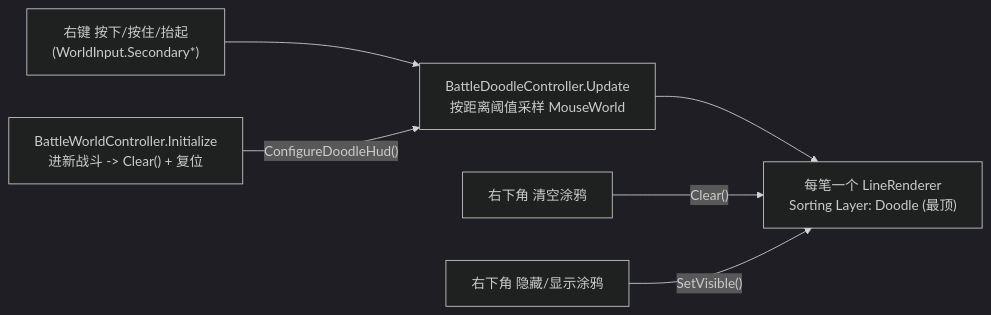
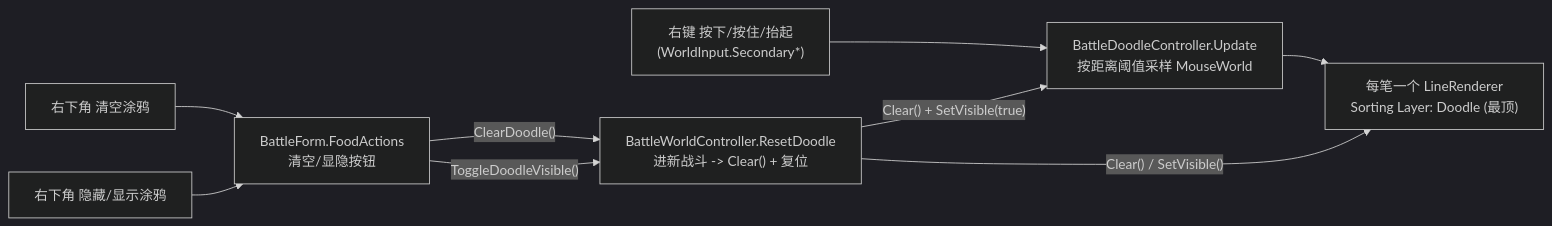
The diagram in GourmetProject/docs/design/战斗涂鸦画笔.md (2563495284/gourmetproject), drawn with Mermaid (dark theme) before and after one commit. The commit also changed other lines of this file and 95 other files, not shown here.

````diff
--- a/GourmetProject/docs/design/战斗涂鸦画笔.md
+++ b/GourmetProject/docs/design/战斗涂鸦画笔.md
@@ -25,14 +25,18 @@
 ```mermaid
 flowchart LR
     Mouse["右键 按下/按住/抬起\n(WorldInput.Secondary*)"]
     Ctrl["BattleDoodleController.Update\n按距离阈值采样 MouseWorld"]
     Stroke["每笔一个 LineRenderer\nSorting Layer: Doodle (最顶)"]
     ClearBtn["右下角 清空涂鸦"]
     ToggleBtn["右下角 隐藏/显示涂鸦"]
-    BWC["BattleWorldController.Initialize\n进新战斗 -> Clear() + 复位"]
+    UI["BattleForm.FoodActions\n清空/显隐按钮"]
+    BWC["BattleWorldController.ResetDoodle\n进新战斗 -> Clear() + 复位"]
 
     Mouse --> Ctrl --> Stroke
-    ClearBtn -->|"Clear()"| Stroke
-    ToggleBtn -->|"SetVisible()"| Stroke
-    BWC -->|"ConfigureDoodleHud()"| Ctrl
+    ClearBtn --> UI
+    ToggleBtn --> UI
+    UI -->|"ClearDoodle()"| BWC
+    UI -->|"ToggleDoodleVisible()"| BWC
+    BWC -->|"Clear() + SetVisible(true)"| Ctrl
+    BWC -->|"Clear() / SetVisible()"| Stroke
 ```
````
